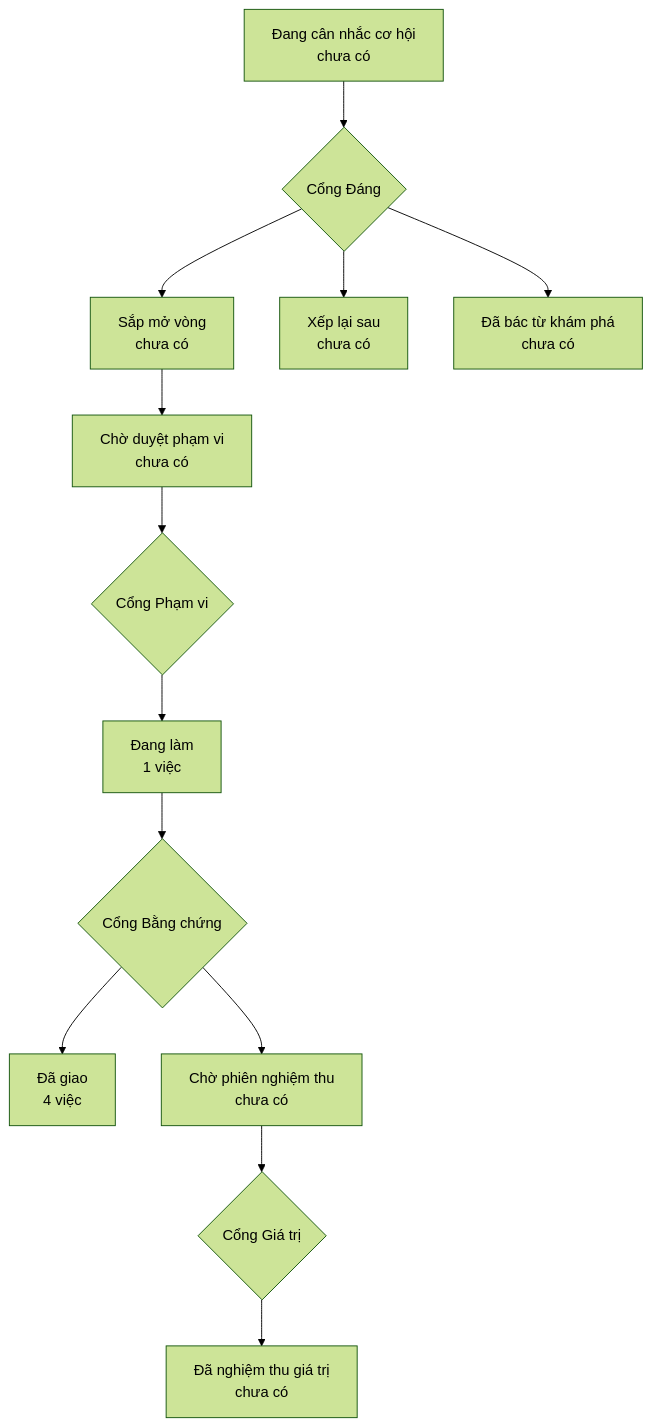
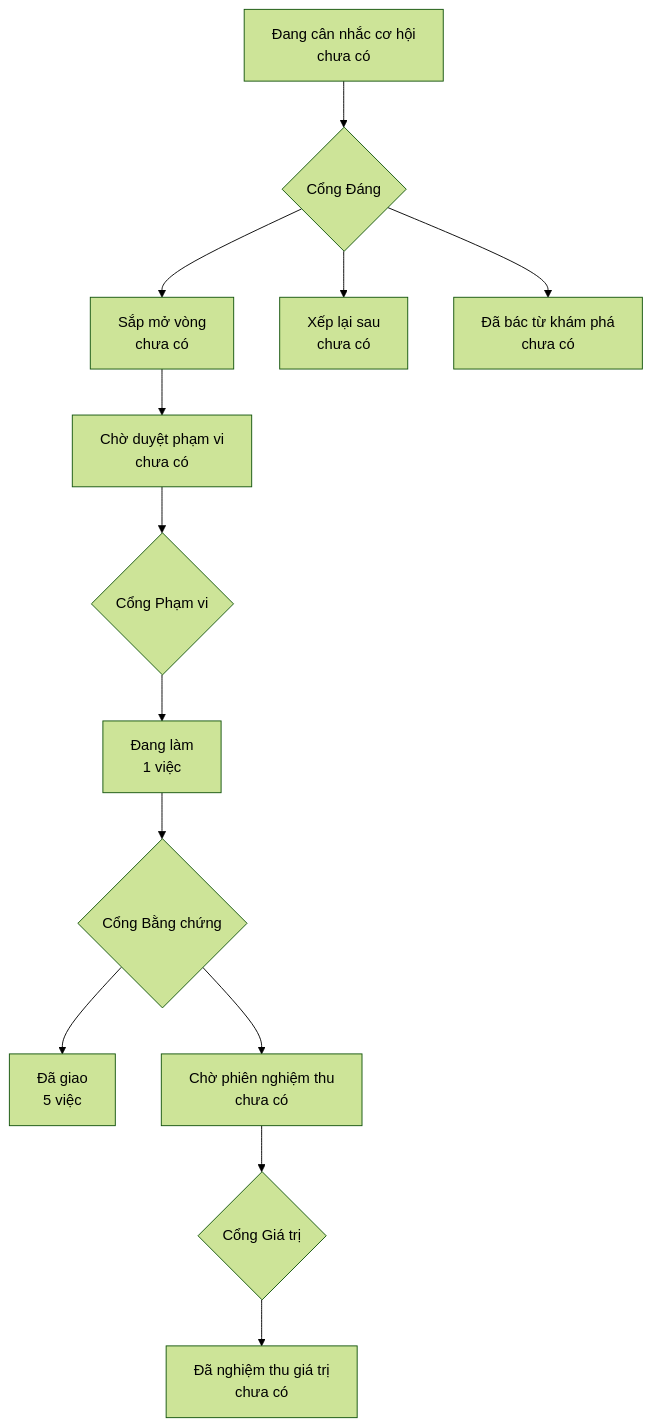
Before and after one commit to phanlemanh/crm-onehub: the diagram in PRODUCT-MAP.md, drawn with Mermaid (forest theme). The commit also changed other lines of this file and 2 other files, not shown here.

Commit message:
fix(acceptance): pin the evidence to the commit it certifies, and register the new record
`scripts/pre-merge-check.sh` blocked the merge with two findings. Both were
right, and both were mine.

`PRODUCT-MAP.md` did not list `hinh-cua-luoi`. The map is generated from the
records under `_acceptance/`, and adding a record without regenerating it leaves
the product view describing four delivered rounds when there are five.

`verified_commit` pointed at `14c1b13`, the PARENT commit — the tree the change
was written against, not the tree the change produces. Every file of the round
therefore counted as changed after verification, which is exactly what the stale
evidence rule exists to catch. The pin was not edited to match: the eight evals
were re-run against the tree of `285cb63` and the report now carries those runs.

One line of the analyst section wrote a red run as `exit=1`. The evidence
re-check reads that as a failed eval inside a PASS report and rejects the whole
report. It cannot tell a quoted attack result from an eval result, and it should
not have to: the house style describes red runs in words. Reworded to match.

````diff
--- a/PRODUCT-MAP.md
+++ b/PRODUCT-MAP.md
@@ -6,12 +6,12 @@
 ```mermaid
 flowchart TD
   A["Đang cân nhắc cơ hội<br/>chưa có"] --> GD{"Cổng Đáng"}
   GD --> B["Sắp mở vòng<br/>chưa có"]
   GD --> XL["Xếp lại sau<br/>chưa có"]
   GD --> DB["Đã bác từ khám phá<br/>chưa có"]
   B --> CD["Chờ duyệt phạm vi<br/>chưa có"] --> GP{"Cổng Phạm vi"}
   GP --> DL["Đang làm<br/>1 việc"] --> GB{"Cổng Bằng chứng"}
-  GB --> DG["Đã giao<br/>4 việc"]
+  GB --> DG["Đã giao<br/>5 việc"]
   GB --> CN["Chờ phiên nghiệm thu<br/>chưa có"] --> GG{"Cổng Giá trị"}
   GG --> NT["Đã nghiệm thu giá trị<br/>chưa có"]
 ```
````
